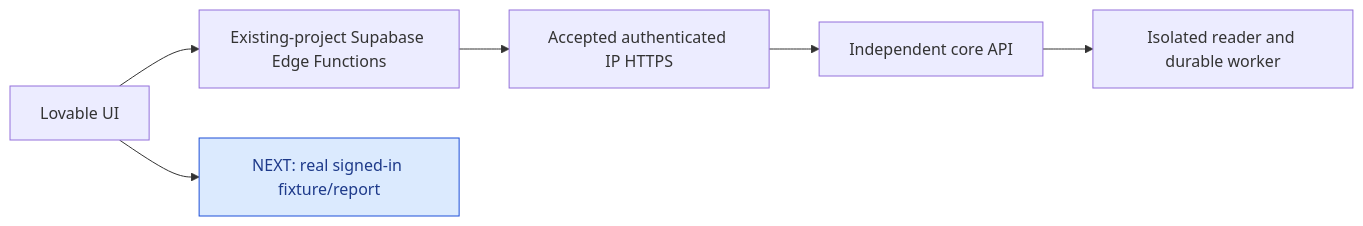
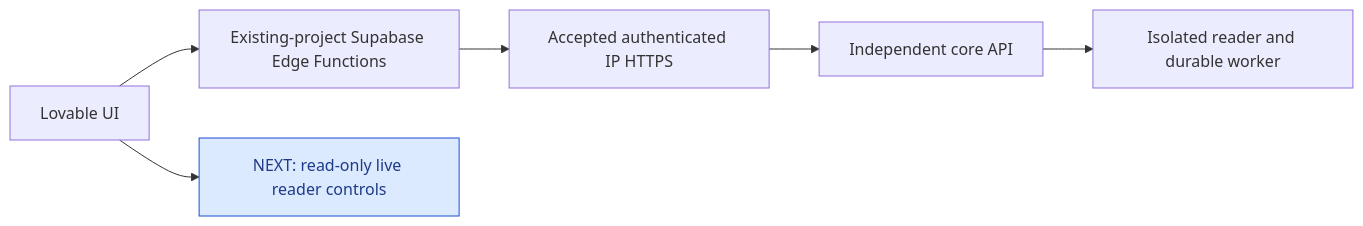
One commit to jvelezc/ai-screen-reader changed the diagram in docs/next-edge-to-core-connection.md. Above: the diagram before and after it, drawn with Mermaid. The commit also changed other lines of this file and 3 other files, not shown here.

Commit message:
Record accepted notebook workflow and next live reader controls

````diff
--- a/docs/next-edge-to-core-connection.md
+++ b/docs/next-edge-to-core-connection.md
@@ -10,10 +10,10 @@
 ```mermaid
 flowchart LR
     UI[Lovable UI] --> Edge[Existing-project Supabase Edge Functions]
     Edge --> Path[Accepted authenticated IP HTTPS]
     Path --> Core[Independent core API]
     Core --> Worker[Isolated reader and durable worker]
-    UI --> Acceptance[NEXT: real signed-in fixture/report]
+    UI --> Acceptance[NEXT: read-only live reader controls]
     classDef next fill:#dbeafe,stroke:#1d4ed8,color:#1e3a8a
     class Acceptance next
 ```
````
